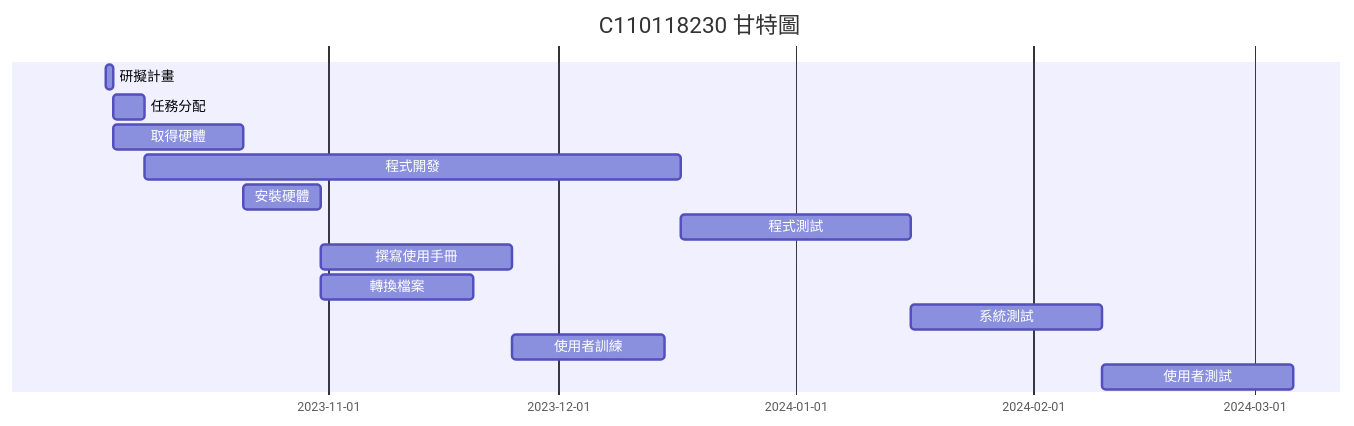
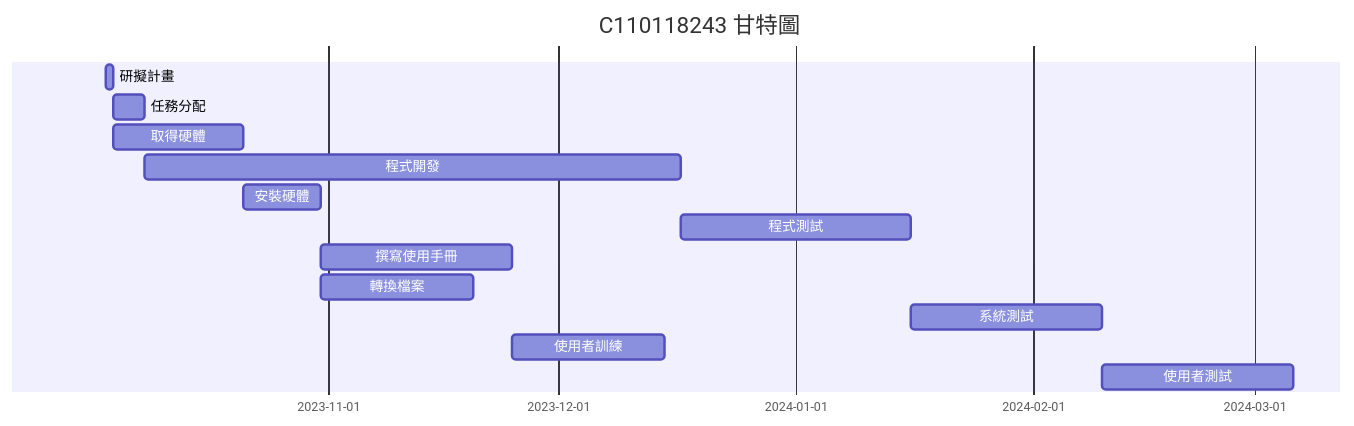
One commit to Crash0807/0919 changed the diagram in hw2.md. Above: the diagram before and after it, drawn with Mermaid.

````diff
--- a/hw2.md
+++ b/hw2.md
@@ -4,16 +4,16 @@
 ```mermaid
 gantt
-    title C110118230 甘特圖
+    title C110118243 甘特圖
 
     研擬計畫     : a1 , 2023-10-03 , 1d
     任務分配     : a2 , after a1 , 4d
     取得硬體     : a3 , after a1 , 17d
     程式開發     : a4 , after a2 , 70d
     安裝硬體     : a5 , after a3 , 10d
     程式測試     : a6 , after a4 , 30d
     撰寫使用手冊  : a7 , after a5 , 25d
     轉換檔案     : a8 , after a5 , 20d
     系統測試     : a9 , after a6 , 25d
     使用者訓練   : a10 , after a7 a8 ,20d
     使用者測試   : a11 , after a9 a10 ,25d
 ```
````
